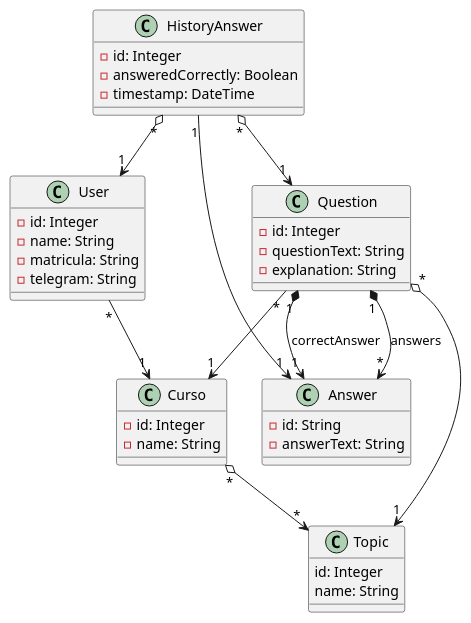
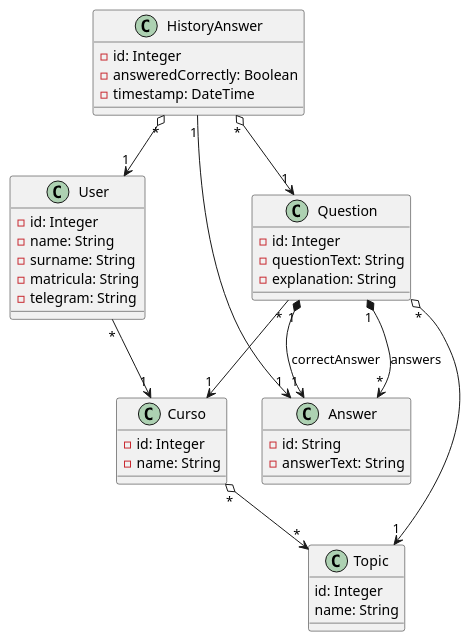
Before and after one commit to Juliana-Paz/quarkus-enade: the diagram in src/main/resources/docs/diagrama.plantuml, drawn with PlantUML. The commit also changed 4 other files, not shown here.

```diff
--- a/src/main/resources/docs/diagrama.plantuml
+++ b/src/main/resources/docs/diagrama.plantuml
@@ -1,51 +1,52 @@
 @startuml enadebot
 
 class Topic {
   id: Integer
   name: String
 }
 
 class Question {
   - id: Integer
   - questionText: String
   - explanation: String
 }
 
 class Answer {
   - id: String
   - answerText: String
 }
 
 class HistoryAnswer {
   - id: Integer
   - answeredCorrectly: Boolean
   - timestamp: DateTime
 }
 
 class User {
   - id: Integer
   - name: String
+  - surname: String
   - matricula: String
   - telegram: String
 }
 
 class Curso {
     - id: Integer
     - name: String
 }
 
 User "*" --> "1" Curso
 
 HistoryAnswer "*" o--> "1" Question
 HistoryAnswer "*" o--> "1"  User 
 
 Question "*" o--> "1" Topic
 Question "1" *--> "*" Answer: "answers"
 Question "1" *--> "1" Answer: "correctAnswer"
 Question "*" --> "1" Curso
 
 HistoryAnswer "1" --> "1" Answer
 
 Curso "*" o--> "*" Topic
 
 @enduml
```
